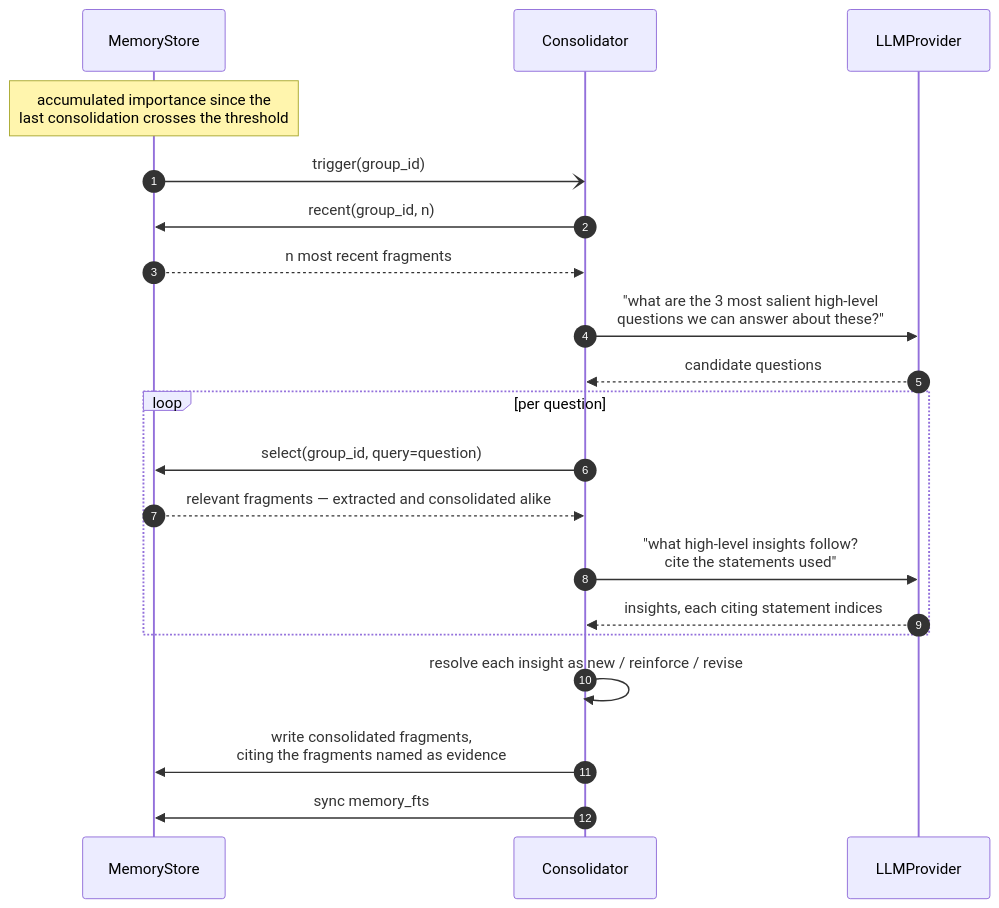
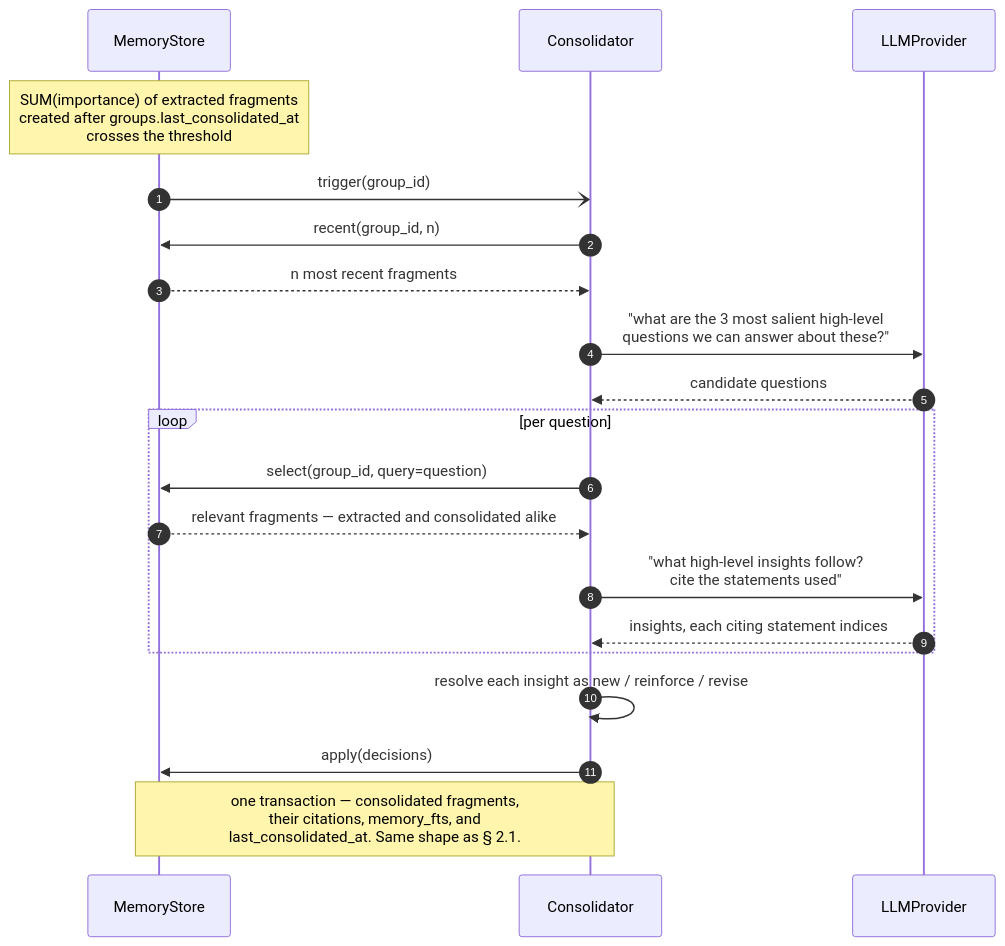
One commit to Alorcus/agent_project changed diagram 12 of 12 in docs/plans/memory-and-groups.md. Above: the diagram before and after it, drawn with Mermaid. The commit also changed other lines of this file, not shown here.

Commit message:
v6 memory and groups

````diff
--- a/docs/plans/memory-and-groups.md
+++ b/docs/plans/memory-and-groups.md
@@ -787,26 +988,26 @@
 ```mermaid
 sequenceDiagram
     autonumber
     participant Store as MemoryStore
     participant Con as Consolidator
     participant LLM as LLMProvider
 
-    Note over Store: accumulated importance since the<br/>last consolidation crosses the threshold
+    Note over Store: SUM(importance) of extracted fragments<br/>created after groups.last_consolidated_at<br/>crosses the threshold
     Store-)Con: trigger(group_id)
     Con->>Store: recent(group_id, n)
     Store-->>Con: n most recent fragments
 
     Con->>LLM: "what are the 3 most salient high-level<br/>questions we can answer about these?"
     LLM-->>Con: candidate questions
 
     loop per question
         Con->>Store: select(group_id, query=question)
         Store-->>Con: relevant fragments — extracted and consolidated alike
         Con->>LLM: "what high-level insights follow?<br/>cite the statements used"
         LLM-->>Con: insights, each citing statement indices
     end
 
     Con->>Con: resolve each insight as new / reinforce / revise
-    Con->>Store: write consolidated fragments,<br/>citing the fragments named as evidence
-    Con->>Store: sync memory_fts
+    Con->>Store: apply(decisions)
+    Note over Con,Store: one transaction — consolidated fragments,<br/>their citations, memory_fts, and<br/>last_consolidated_at. Same shape as § 2.1.
 ```
````
